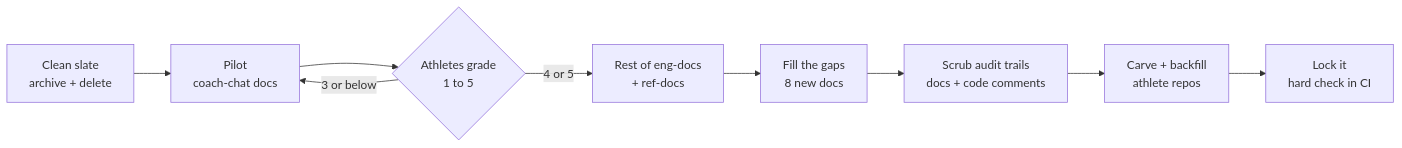
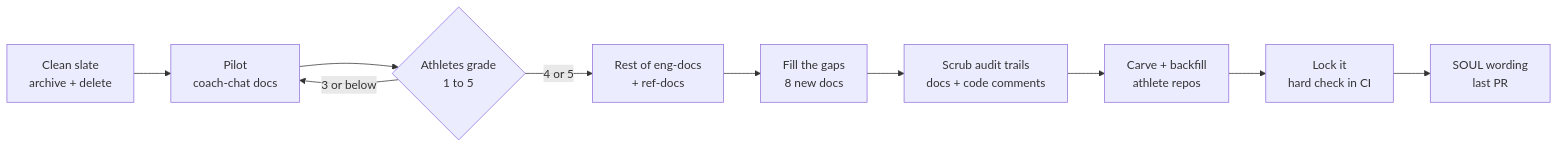
One commit to sibling-shipyard/coach-hq changed the diagram in docs/plans/doc-overhaul.md. Above: the diagram before and after it, drawn with Mermaid. The commit also changed other lines of this file and 1 other file, not shown here.

Commit message:
core: season-close to hist, SOUL wording as final PR

````diff
--- a/docs/plans/doc-overhaul.md
+++ b/docs/plans/doc-overhaul.md
@@ -22,11 +22,12 @@
 ```mermaid
 flowchart LR
   A["Clean slate<br/>archive + delete"] --> B["Pilot<br/>coach-chat docs"]
   B --> G{"Athletes grade<br/>1 to 5"}
   G -->|"3 or below"| B
   G -->|"4 or 5"| C["Rest of eng-docs<br/>+ ref-docs"]
   C --> D["Fill the gaps<br/>8 new docs"]
   D --> E["Scrub audit trails<br/>docs + code comments"]
   E --> F["Carve + backfill<br/>athlete repos"]
   F --> H["Lock it<br/>hard check in CI"]
+  H --> I["SOUL wording<br/>last PR"]
 ```
````
